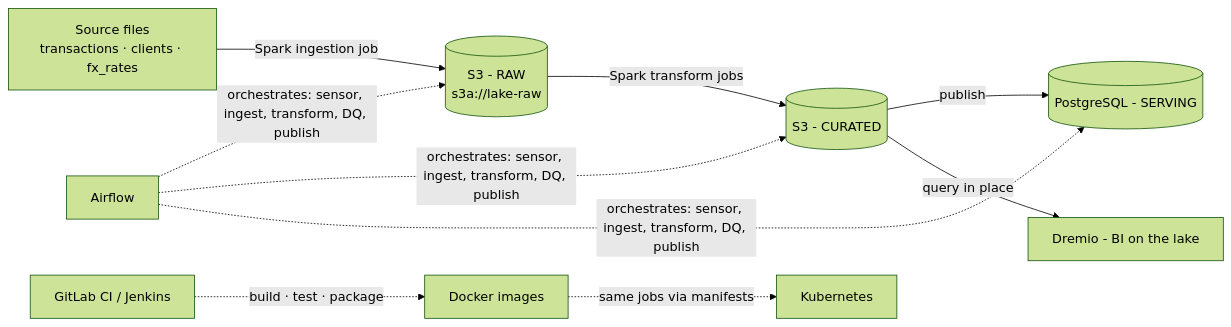
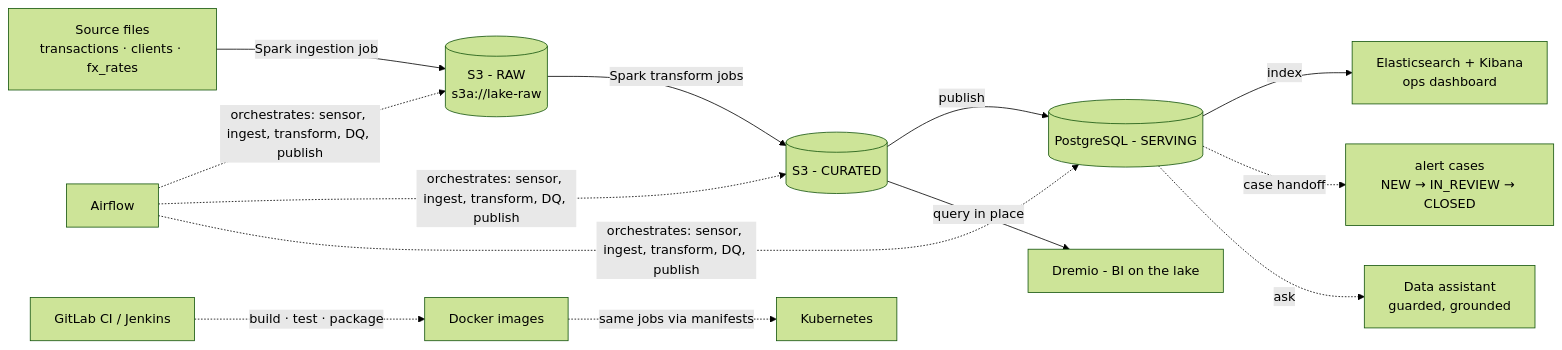
The diagram in README.md (SiwarAttia6191/banking-datahub), drawn with Mermaid (forest theme) before and after one commit. The commit also changed other lines of this file and 2 other files, not shown here.

Commit message:
data assistant: grounded, guarded answers over the serving tables (closes #28)

````diff
--- a/README.md
+++ b/README.md
@@ -11,10 +11,13 @@
 ```mermaid
 flowchart LR
     S[Source files<br/>transactions · clients · fx_rates] -->|Spark ingestion job| R[(S3 - RAW<br/>s3a://lake-raw)]
     R -->|Spark transform jobs| C[(S3 - CURATED)]
     C -->|publish| P[(PostgreSQL - SERVING)]
     C -->|query in place| D[Dremio - BI on the lake]
+    P -->|index| E[Elasticsearch + Kibana<br/>ops dashboard]
+    P -.case handoff.-> H[alert cases<br/>NEW → IN_REVIEW → CLOSED]
+    P -.ask.-> B[Data assistant<br/>guarded, grounded]
     A[Airflow] -.orchestrates: sensor, ingest, transform, DQ, publish.-> R & C & P
     G[GitLab CI / Jenkins] -.build · test · package.-> I[Docker images]
     I -.same jobs via manifests.-> K[Kubernetes]
 ```
````
